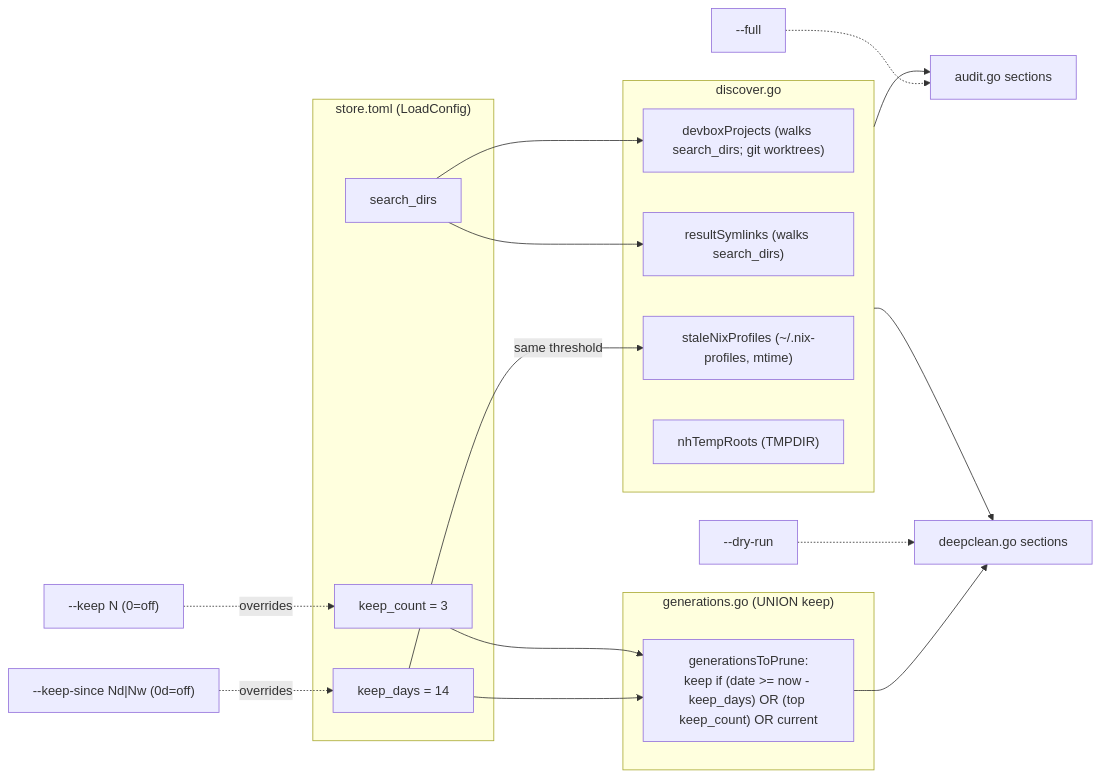
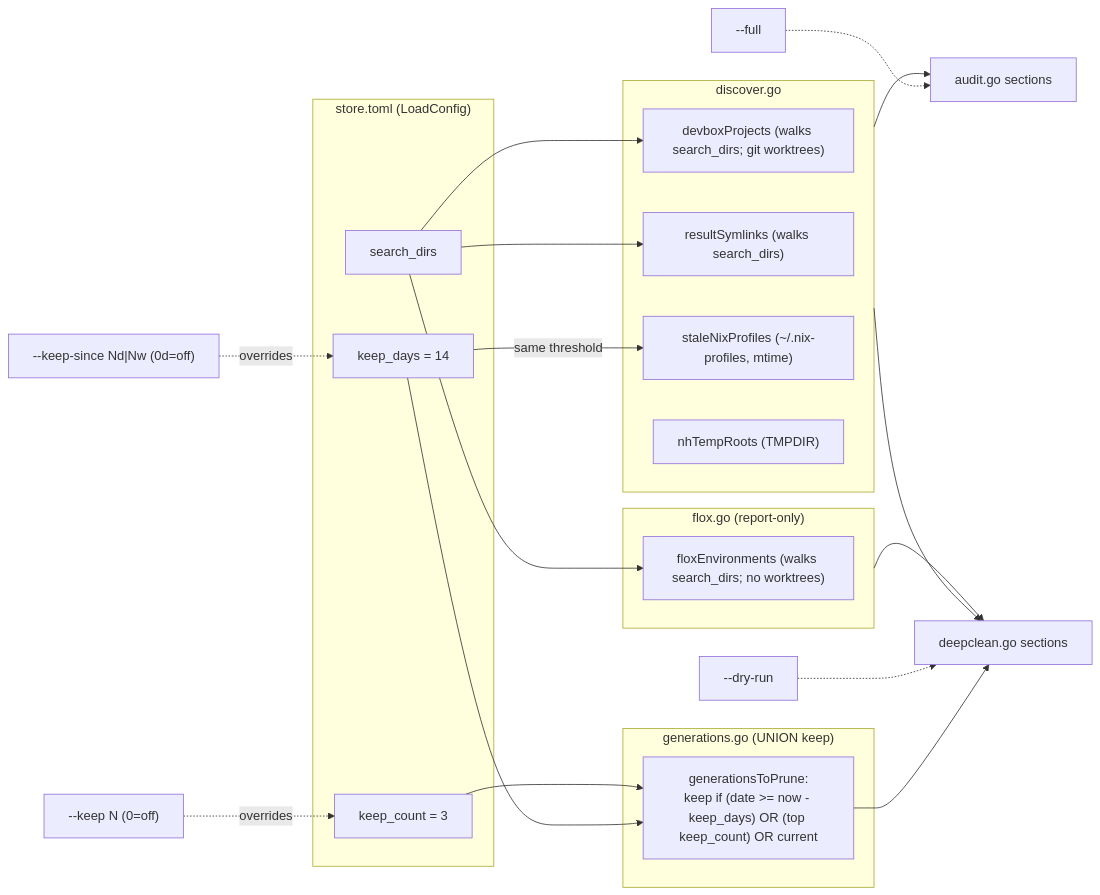
The second of 2 diagrams in docs/pn-store.md (phillipgreenii/nix-repo-base), drawn with Mermaid before and after one commit. The commit also changed other lines of this file and 8 other files, not shown here.

First line of the commit message:
pn store deepclean: add report-only Flox section (pg2-8k05k)

````diff
--- a/docs/pn-store.md
+++ b/docs/pn-store.md
@@ -134,34 +149,40 @@
 ```mermaid
 flowchart LR
     subgraph CONFIG["store.toml (LoadConfig)"]
         SD["search_dirs"]
         KD["keep_days = 14"]
         KC["keep_count = 3"]
     end
 
     subgraph DISCOVERY["discover.go"]
         DDP["devboxProjects (walks search_dirs; git worktrees)"]
         DRS["resultSymlinks (walks search_dirs)"]
         DSNP["staleNixProfiles (~/.nix-profiles, mtime)"]
         DNH["nhTempRoots (TMPDIR)"]
     end
 
+    subgraph FLOXD["flox.go (report-only)"]
+        DFE["floxEnvironments (walks search_dirs; no worktrees)"]
+    end
+
     SD --> DDP
     SD --> DRS
+    SD --> DFE
 
     subgraph RETENTION["generations.go (UNION keep)"]
         GP["generationsToPrune:<br/>keep if (date >= now - keep_days) OR (top keep_count) OR current"]
     end
     KD --> GP
     KC --> GP
     KD -->|"same threshold"| DSNP
 
     DISCOVERY --> AUDIT["audit.go sections"]
     DISCOVERY --> CLEAN["deepclean.go sections"]
+    FLOXD --> CLEAN
     GP --> CLEAN
 
     KS["--keep-since Nd|Nw (0d=off)"] -.overrides.-> KD
     K["--keep N (0=off)"] -.overrides.-> KC
     FULL["--full"] -.-> AUDIT
     DRY["--dry-run"] -.-> CLEAN
 ```
````
